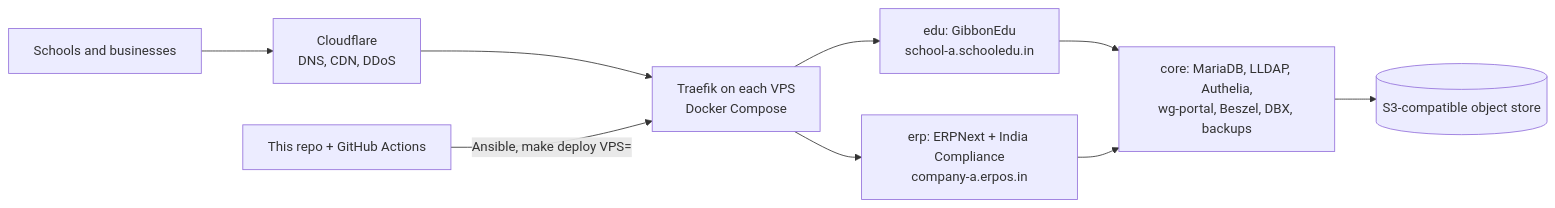
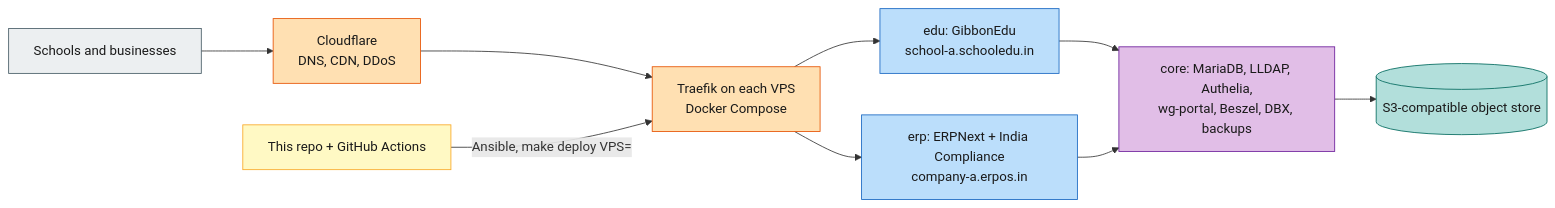
The diagram in README.md (varunpathania86/nigu-lite), drawn with Mermaid before and after one commit. The commit also changed other lines of this file and 38 other files, not shown here.

````diff
--- a/README.md
+++ b/README.md
@@ -8,10 +8,22 @@
 ```mermaid
 flowchart LR
   U["Schools and businesses"] --> CF["Cloudflare<br/>DNS, CDN, DDoS"]
   CF --> T["Traefik on each VPS<br/>Docker Compose"]
   T --> EDU["edu: GibbonEdu<br/>school-a.schooledu.in"]
   T --> ERP["erp: ERPNext + India Compliance<br/>company-a.erpos.in"]
   EDU & ERP --> CORE["core: MariaDB, LLDAP, Authelia,<br/>wg-portal, Beszel, DBX, backups"]
   CORE --> S3[("S3-compatible object store")]
   GH["This repo + GitHub Actions"] -->|"Ansible, make deploy VPS="| T
+  class U user
+  class CF,T edge
+  class EDU,ERP app
+  class CORE core
+  class S3 data
+  class GH tool
+  classDef user fill:#eceff1,stroke:#455a64,color:#1a1a1a
+  classDef edge fill:#ffe0b2,stroke:#e65100,color:#1a1a1a
+  classDef app fill:#bbdefb,stroke:#1565c0,color:#1a1a1a
+  classDef core fill:#e1bee7,stroke:#6a1b9a,color:#1a1a1a
+  classDef data fill:#b2dfdb,stroke:#00695c,color:#1a1a1a
+  classDef tool fill:#fff9c4,stroke:#f9a825,color:#1a1a1a
 ```
````
